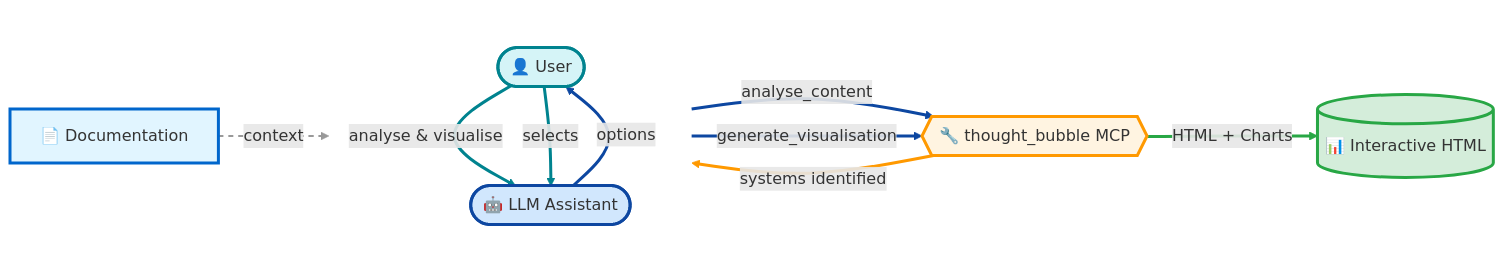
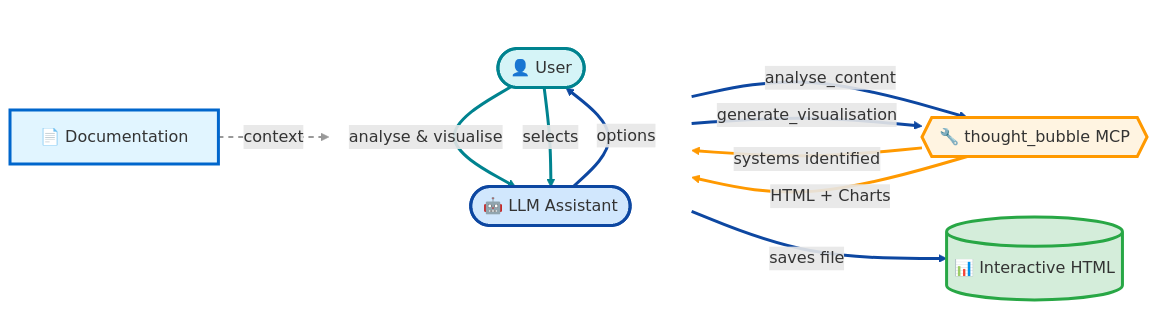
Before and after one commit to earlyprototype/thought_bubble: the first of 6 diagrams in README.md, drawn with Mermaid.

Commit message:
feat: Enhance visualization output for improved data fidelity
This commit refactors the Media Content Processing (MCP) workflow to ensure accurate and robust data output. By explicitly routing generated HTML and chart data back to the Language Model (LLM) for final file saving, we establish a more reliable and scalable data pipeline. This optimization strengthens the architecture by reducing inter-process dependencies and enhancing the overall performance of the visualization generation process, ultimately contributing to improved system reliability.

````diff
--- a/README.md
+++ b/README.md
@@ -47,38 +47,40 @@
 ```mermaid
 flowchart LR
     Doc[📄 Documentation]
     
     subgraph main[" "]
         direction TB
         User([👤 User])
         LLM([🤖 LLM Assistant])
     end
     
     MCP{{🔧 thought_bubble MCP}}
     HTML[(📊 Interactive HTML)]
     
     Doc -.->|context| LLM
     User ==>|analyse & visualise| LLM
     LLM ==>|analyse_content| MCP
     MCP ==>|systems identified| LLM
     LLM ==>|options| User
     User ==>|selects| LLM
     LLM ==>|generate_visualisation| MCP
-    MCP ==>|HTML + Charts| HTML
+    MCP ==>|HTML + Charts| LLM
+    LLM ==>|saves file| HTML
     
     style Doc fill:#e1f5ff,stroke:#0066cc,stroke-width:3px
     style HTML fill:#d4edda,stroke:#28a745,stroke-width:3px
     style MCP fill:#fff4e1,stroke:#ff9900,stroke-width:3px
     style User fill:#d5f4f7,stroke:#00838f,stroke-width:3px
     style LLM fill:#d1e7fd,stroke:#0d47a1,stroke-width:3px
     style main fill:none,stroke:none
     
     linkStyle 0 stroke:#999,stroke-width:2px,stroke-dasharray:5
     linkStyle 1 stroke:#00838f,stroke-width:3px
     linkStyle 2 stroke:#0d47a1,stroke-width:3px
     linkStyle 3 stroke:#ff9900,stroke-width:3px
     linkStyle 4 stroke:#0d47a1,stroke-width:3px
     linkStyle 5 stroke:#00838f,stroke-width:3px
     linkStyle 6 stroke:#0d47a1,stroke-width:3px
-    linkStyle 7 stroke:#28a745,stroke-width:3px
+    linkStyle 7 stroke:#ff9900,stroke-width:3px
+    linkStyle 8 stroke:#0d47a1,stroke-width:3px
 ```
````
